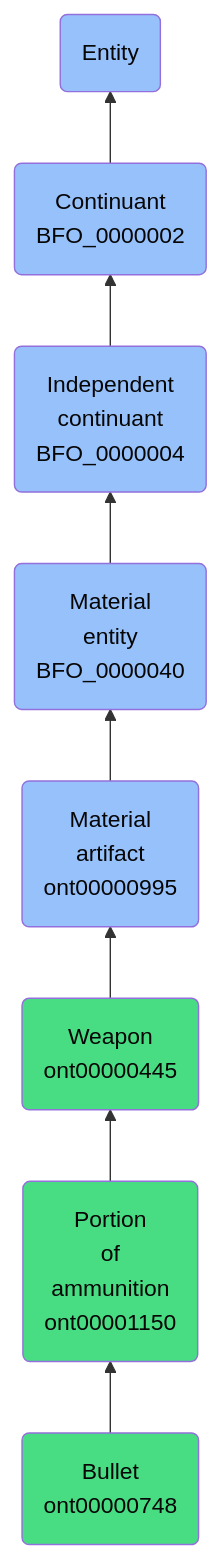
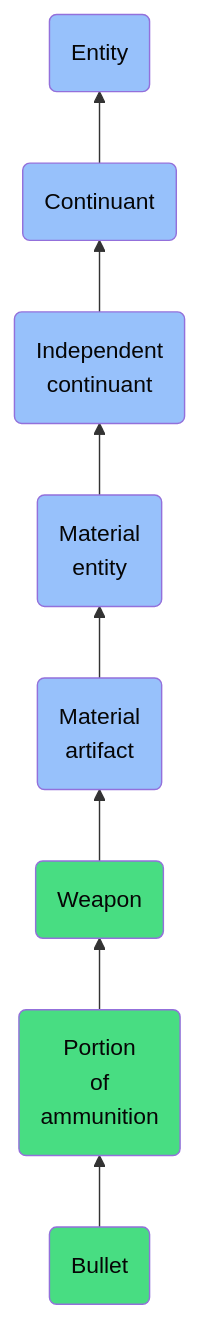
The diagram in docs/ontology/reference/model/Entity/Continuant/Independent continuant/Material entity/Material artifact/Weapon/Portion of ammunition/Bullet/Bullet.md (jupyter-naas/abi), drawn with Mermaid before and after one commit. The commit also changed other lines of this file and 1430 other files, not shown here.

````diff
--- a/docs/ontology/reference/model/Entity/Continuant/Independent continuant/Material entity/Material artifact/Weapon/Portion of ammunition/Bullet/Bullet.md
+++ b/docs/ontology/reference/model/Entity/Continuant/Independent continuant/Material entity/Material artifact/Weapon/Portion of ammunition/Bullet/Bullet.md
@@ -24,15 +24,15 @@
 ```mermaid
 graph BT
-    ont00000748(Bullet<br>ont00000748):::ABI-->ont00001150
-    ont00001150(Portion<br>of<br>ammunition<br>ont00001150):::ABI-->ont00000445
-    ont00000445(Weapon<br>ont00000445):::ABI-->ont00000995
-    ont00000995(Material<br>artifact<br>ont00000995):::BFO-->BFO_0000040
-    BFO_0000040(Material<br>entity<br>BFO_0000040):::BFO-->BFO_0000004
-    BFO_0000004(Independent<br>continuant<br>BFO_0000004):::BFO-->BFO_0000002
-    BFO_0000002(Continuant<br>BFO_0000002):::BFO-->BFO_0000001
+    ont00000748(Bullet):::ABI-->ont00001150
+    ont00001150(Portion<br>of<br>ammunition):::ABI-->ont00000445
+    ont00000445(Weapon):::ABI-->ont00000995
+    ont00000995(Material<br>artifact):::BFO-->BFO_0000040
+    BFO_0000040(Material<br>entity):::BFO-->BFO_0000004
+    BFO_0000004(Independent<br>continuant):::BFO-->BFO_0000002
+    BFO_0000002(Continuant):::BFO-->BFO_0000001
     BFO_0000001(Entity):::BFO
     
     classDef BFO fill:#97c1fb,color:#060606
     classDef CCO fill:#e4c51e,color:#060606
     classDef ABI fill:#48DD82,color:#060606
 ```
````
